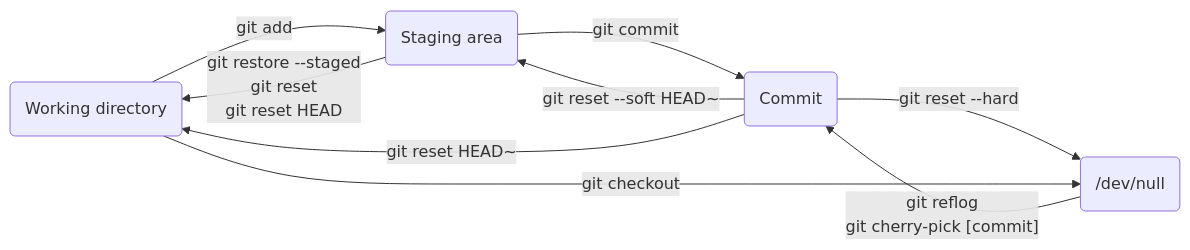
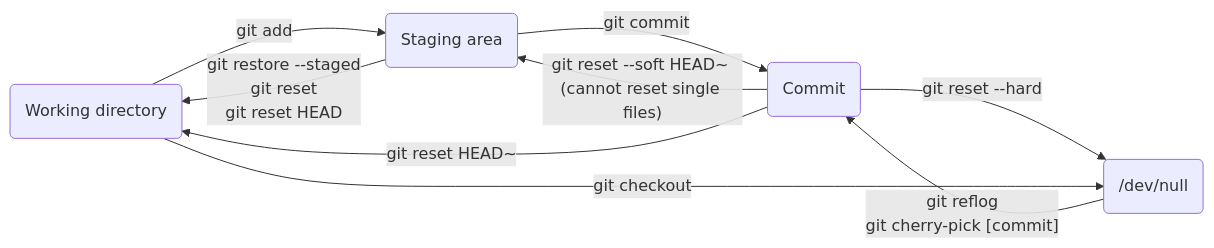
The diagram in _posts/2019/2019-06-19-git-cheat-sheet.md (copdips/copdips.github.io), drawn with Mermaid before and after one commit.

Commit message:
git reset

````diff
--- a/_posts/2019/2019-06-19-git-cheat-sheet.md
+++ b/_posts/2019/2019-06-19-git-cheat-sheet.md
@@ -74,11 +74,11 @@
 ```mermaid!
 flowchart LR
     A(Working directory) -->|"git add"| B(Staging area)
     B -->|"git commit"| C(Commit)
-    C -->|"git reset --soft HEAD~"| B
+    C -->|"git reset --soft HEAD~ <br/>(cannot reset single files)"| B
     C -->|"git reset HEAD~"| A
     B -->|"git restore --staged<br/>git reset<br/>git reset HEAD"| A
     C -->|"git reset --hard"| D(/dev/null)
     A -->|"git checkout"| D
     D -->|"git reflog<br/>git cherry-pick [commit]"| C
 ```
````
